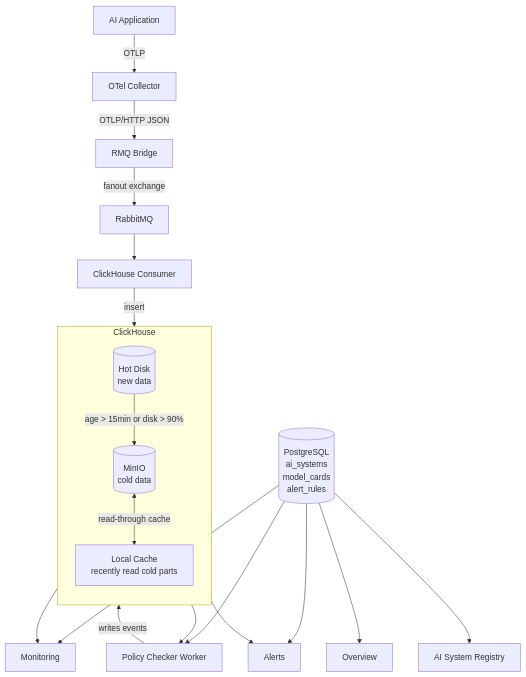
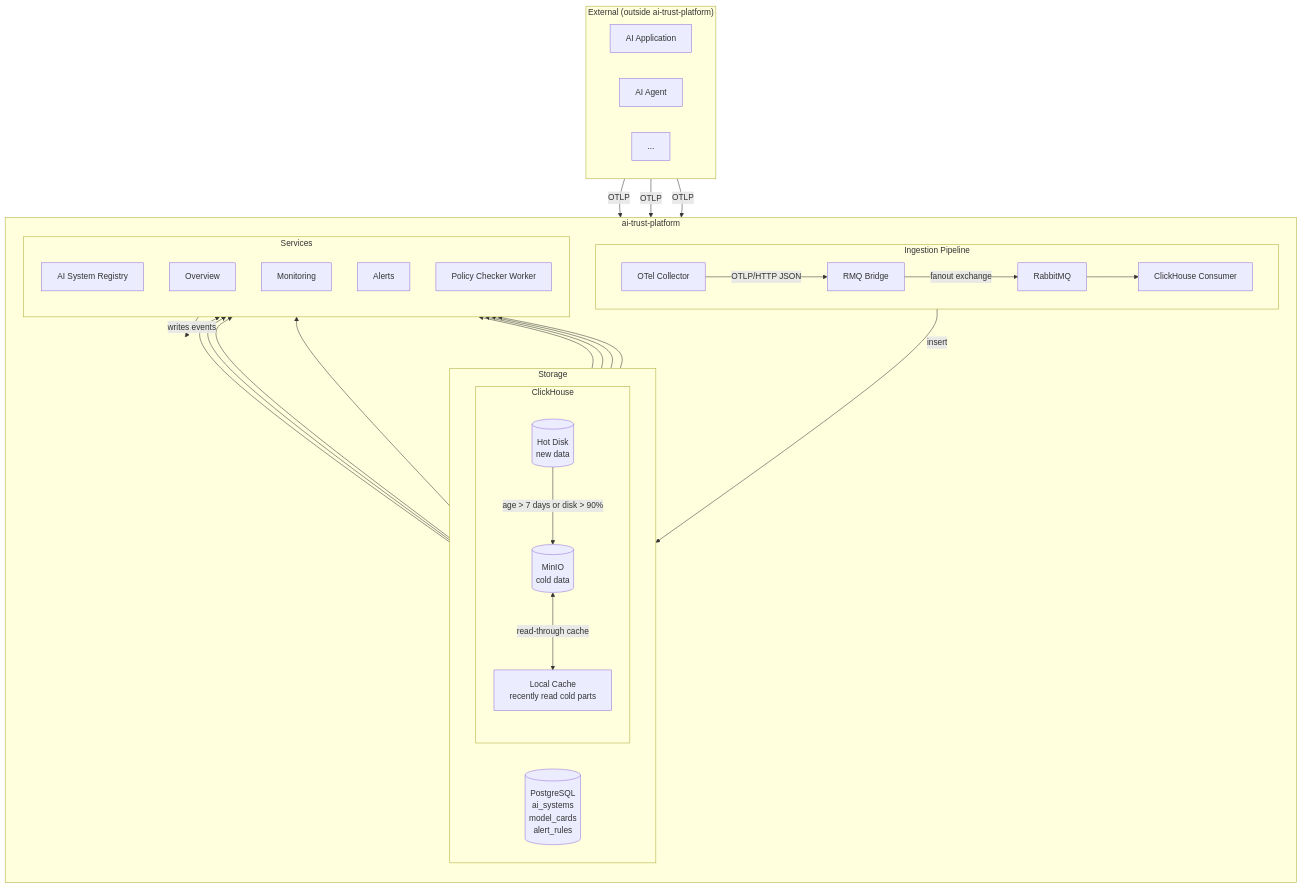
The first of 2 diagrams in docs/architecture.md (AI-Trust-Services/ai-trust-platform), drawn with Mermaid before and after one commit. The commit also changed 5 other files, not shown here.

First line of the commit message:
feat(consumer): batch insert spans into ClickHouse (#60)

````diff
--- a/docs/architecture.md
+++ b/docs/architecture.md
@@ -57,28 +57,61 @@
 ```mermaid
 flowchart TD
-    App["AI Application"]
-
-    App -->|OTLP| Collector["OTel Collector"]
-    Collector -->|OTLP/HTTP JSON| Bridge["RMQ Bridge"]
-    Bridge -->|fanout exchange| RMQ["RabbitMQ"]
-    RMQ --> Consumer["ClickHouse Consumer"]
-
-    subgraph ClickHouse["ClickHouse"]
-        direction TB
-        Hot[("Hot Disk\nnew data")]
-        Hot -->|"age > 15min or disk > 90%"| MinIO[("MinIO\ncold data")]
-        MinIO <-->|"read-through cache"| Cache["Local Cache\nrecently read cold parts"]
+    subgraph External["External (outside ai-trust-platform)"]
+        direction LR
+        App1["AI Application"]
+        App2["AI Agent"]
+        App3["..."]
     end
 
-    Consumer -->|insert| Hot
+    subgraph AiTrust["ai-trust-platform"]
+        direction TB
 
-    ClickHouse --> Monitoring["Monitoring"]
-    ClickHouse --> Alerts["Alerts"]
-    PG[("PostgreSQL\nai_systems\nmodel_cards\nalert_rules")] --> Monitoring
-    PG --> Overview["Overview"]
-    PG --> Registry["AI System Registry"]
-    PG --> AlertWorker["Policy Checker Worker"]
-    ClickHouse --> AlertWorker
-    AlertWorker -->|writes events| ClickHouse
-    PG --> Alerts
+        subgraph Pipeline["Ingestion Pipeline"]
+            direction LR
+            Collector["OTel Collector"]
+            Bridge["RMQ Bridge"]
+            RMQ["RabbitMQ"]
+            Consumer["ClickHouse Consumer"]
+            Collector -->|OTLP/HTTP JSON| Bridge
+            Bridge -->|fanout exchange| RMQ
+            RMQ --> Consumer
+        end
+
+        subgraph Storage["Storage"]
+            direction LR
+            PG[("PostgreSQL\nai_systems\nmodel_cards\nalert_rules")]
+            subgraph CH["ClickHouse"]
+                direction TB
+                Hot[("Hot Disk\nnew data")]
+                Hot -->|"age > 7 days or disk > 90%"| MinIO[("MinIO\ncold data")]
+                MinIO <-->|"read-through cache"| Cache["Local Cache\nrecently read cold parts"]
+            end
+        end
+
+        subgraph Services["Services"]
+            direction TB
+            Registry["AI System Registry"]
+            Overview["Overview"]
+            Monitoring["Monitoring"]
+            Alerts["Alerts"]
+            AlertWorker["Policy Checker Worker"]
+        end
+
+        Consumer -->|insert| Hot
+
+        PG --> Registry
+        PG --> Overview
+        PG --> Monitoring
+        PG --> Alerts
+        PG --> AlertWorker
+
+        CH --> Monitoring
+        CH --> Alerts
+        CH --> AlertWorker
+        AlertWorker -->|writes events| CH
+    end
+
+    App1 -->|OTLP| Collector
+    App2 -->|OTLP| Collector
+    App3 -->|OTLP| Collector
 ```
````
